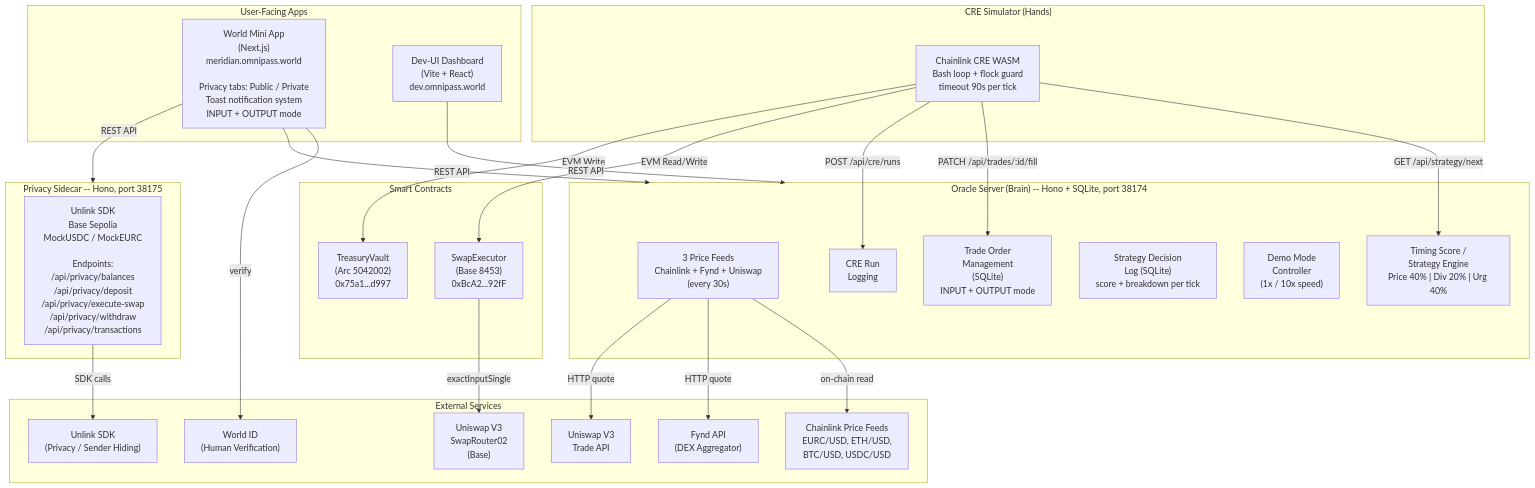
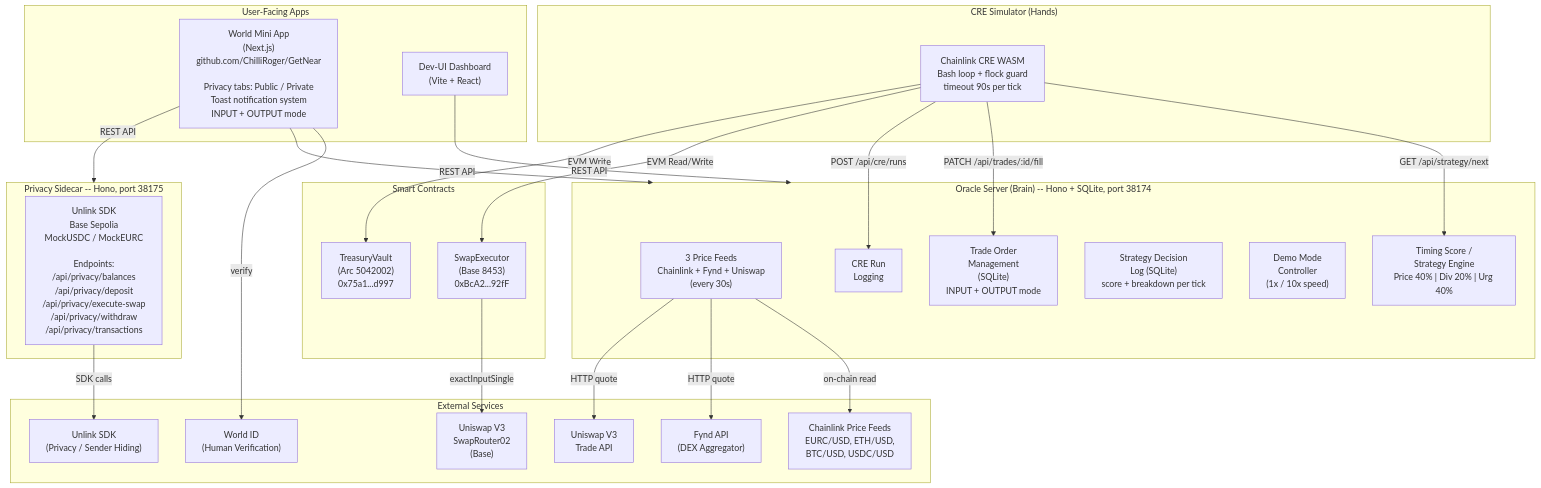
One commit to ChilliRoger/GetNear changed the diagram in docs/diagrams/03-system-architecture.md. Above: the diagram before and after it, drawn with Mermaid. The commit also changed other lines of this file and 29 other files, not shown here.

Commit message:
chore: rebrand — apply GetNear naming in upstream docs and remaining files

````diff
--- a/docs/diagrams/03-system-architecture.md
+++ b/docs/diagrams/03-system-architecture.md
@@ -135,56 +135,56 @@
 ```mermaid
 graph TB
     subgraph Frontend ["User-Facing Apps"]
-        App["World Mini App<br/>(Next.js)<br/>meridian.omnipass.world<br/><br/>Privacy tabs: Public / Private<br/>Toast notification system<br/>INPUT + OUTPUT mode"]
-        DevUI["Dev-UI Dashboard<br/>(Vite + React)<br/>dev.omnipass.world"]
+        App["World Mini App<br/>(Next.js)<br/>github.com/ChilliRoger/GetNear<br/><br/>Privacy tabs: Public / Private<br/>Toast notification system<br/>INPUT + OUTPUT mode"]
+        DevUI["Dev-UI Dashboard<br/>(Vite + React)<br/>"]
     end
 
     subgraph OracleBox ["Oracle Server (Brain) -- Hono + SQLite, port 38174"]
         PriceFeeds["3 Price Feeds<br/>Chainlink + Fynd + Uniswap<br/>(every 30s)"]
         TradeOrders["Trade Order<br/>Management<br/>(SQLite)<br/>INPUT + OUTPUT mode"]
         Strategy["Timing Score /<br/>Strategy Engine<br/>Price 40% | Div 20% | Urg 40%"]
         StrategyLog["Strategy Decision<br/>Log (SQLite)<br/>score + breakdown per tick"]
         DemoMode["Demo Mode<br/>Controller<br/>(1x / 10x speed)"]
         CRELog["CRE Run<br/>Logging"]
     end
 
     subgraph PrivacyBox ["Privacy Sidecar -- Hono, port 38175"]
         Privacy["Unlink SDK<br/>Base Sepolia<br/>MockUSDC / MockEURC<br/><br/>Endpoints:<br/>/api/privacy/balances<br/>/api/privacy/deposit<br/>/api/privacy/execute-swap<br/>/api/privacy/withdraw<br/>/api/privacy/transactions"]
     end
 
     subgraph CREBox ["CRE Simulator (Hands)"]
         CRE["Chainlink CRE WASM<br/>Bash loop + flock guard<br/>timeout 90s per tick"]
     end
 
     subgraph Contracts ["Smart Contracts"]
         SE["SwapExecutor<br/>(Base 8453)<br/>0xBcA2...92fF"]
         TV["TreasuryVault<br/>(Arc 5042002)<br/>0x75a1...d997"]
     end
 
     subgraph External ["External Services"]
         CL["Chainlink Price Feeds<br/>EURC/USD, ETH/USD,<br/>BTC/USD, USDC/USD"]
         Fynd["Fynd API<br/>(DEX Aggregator)"]
         UniAPI["Uniswap V3<br/>Trade API"]
         UniRouter["Uniswap V3<br/>SwapRouter02<br/>(Base)"]
         WorldID["World ID<br/>(Human Verification)"]
         Unlink["Unlink SDK<br/>(Privacy / Sender Hiding)"]
     end
 
     App -->|REST API| OracleBox
     App -->|REST API| PrivacyBox
     DevUI -->|REST API| OracleBox
     App -->|verify| WorldID
 
     PriceFeeds -->|on-chain read| CL
     PriceFeeds -->|HTTP quote| Fynd
     PriceFeeds -->|HTTP quote| UniAPI
 
     CRE -->|GET /api/strategy/next| Strategy
     CRE -->|PATCH /api/trades/:id/fill| TradeOrders
     CRE -->|POST /api/cre/runs| CRELog
 
     CRE -->|EVM Read/Write| SE
     CRE -->|EVM Write| TV
     SE -->|exactInputSingle| UniRouter
     Privacy -->|SDK calls| Unlink
 ```
````
